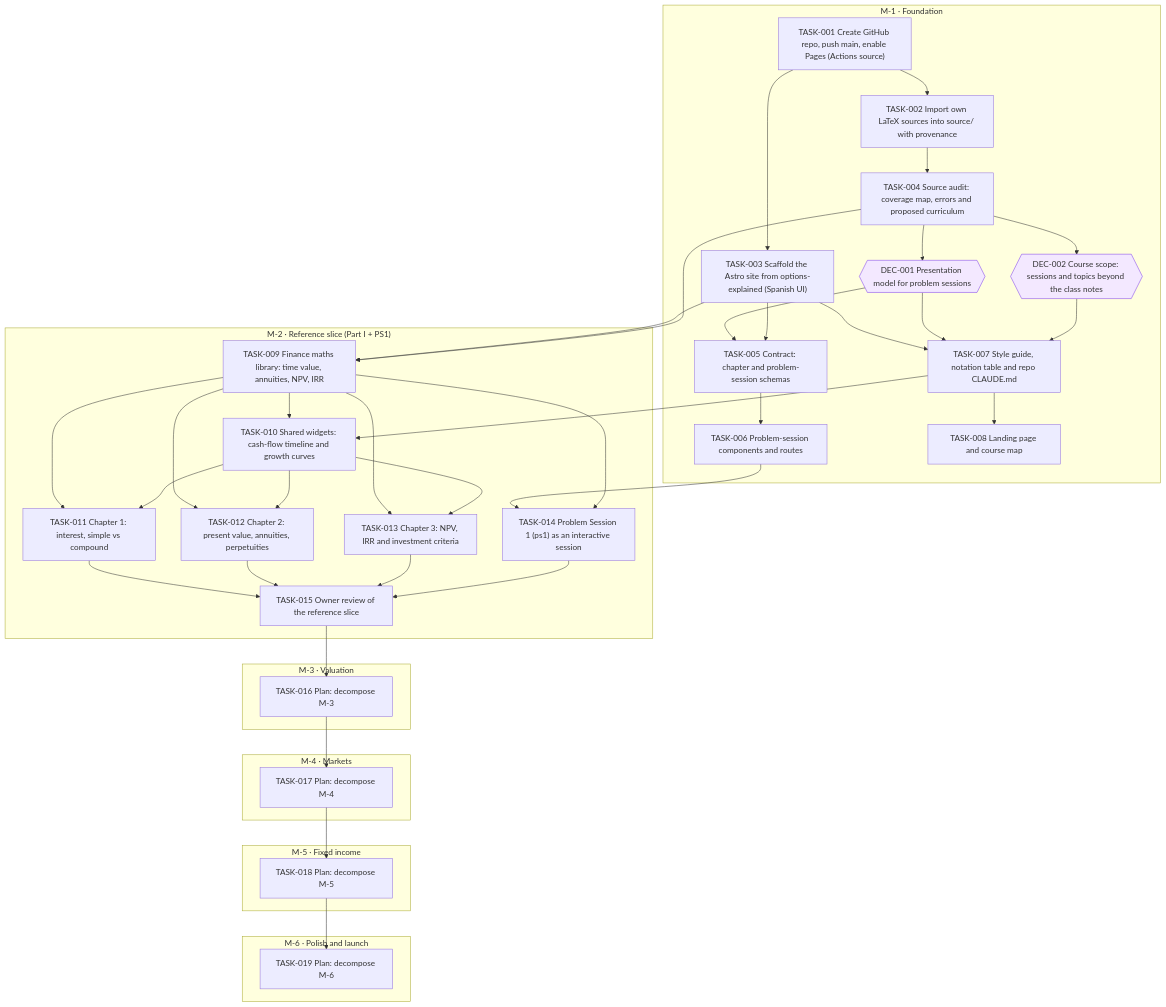
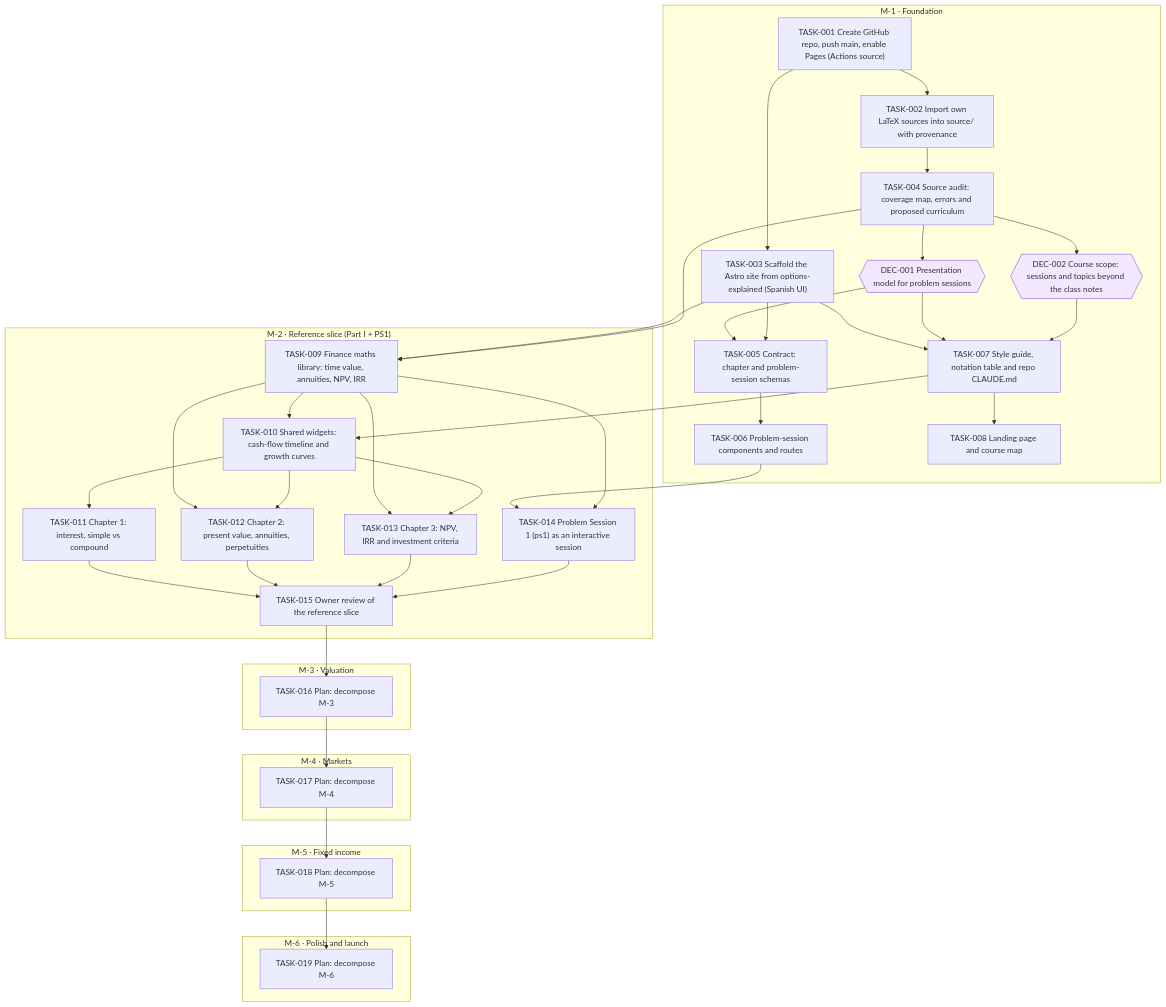
One commit to jesusvillota/economia-financiera changed the diagram in goals/course-site/README.md. Above: the diagram before and after it, drawn with Mermaid. The commit also changed 1 other file, not shown here.

Commit message:
goal(course-site): unlink TASK-011 after TASK-009

````diff
--- a/goals/course-site/README.md
+++ b/goals/course-site/README.md
@@ -19,73 +19,72 @@
 ```mermaid
 flowchart TD
   subgraph M_1["M-1 · Foundation"]
     DEC_001{{"DEC-001 Presentation model for problem sessions"}}
     DEC_002{{"DEC-002 Course scope: sessions and topics beyond the class notes"}}
     TASK_001["TASK-001 Create GitHub repo, push main, enable Pages (Actions source)"]
     TASK_002["TASK-002 Import own LaTeX sources into source/ with provenance"]
     TASK_003["TASK-003 Scaffold the Astro site from options-explained (Spanish UI)"]
     TASK_004["TASK-004 Source audit: coverage map, errors and proposed curriculum"]
     TASK_005["TASK-005 Contract: chapter and problem-session schemas"]
     TASK_006["TASK-006 Problem-session components and routes"]
     TASK_007["TASK-007 Style guide, notation table and repo CLAUDE.md"]
     TASK_008["TASK-008 Landing page and course map"]
   end
   subgraph M_2["M-2 · Reference slice (Part I + PS1)"]
     TASK_009["TASK-009 Finance maths library: time value, annuities, NPV, IRR"]
     TASK_010["TASK-010 Shared widgets: cash-flow timeline and growth curves"]
     TASK_011["TASK-011 Chapter 1: interest, simple vs compound"]
     TASK_012["TASK-012 Chapter 2: present value, annuities, perpetuities"]
     TASK_013["TASK-013 Chapter 3: NPV, IRR and investment criteria"]
     TASK_014["TASK-014 Problem Session 1 (ps1) as an interactive session"]
     TASK_015["TASK-015 Owner review of the reference slice"]
   end
   subgraph M_3["M-3 · Valuation"]
     TASK_016["TASK-016 Plan: decompose M-3"]
   end
   subgraph M_4["M-4 · Markets"]
     TASK_017["TASK-017 Plan: decompose M-4"]
   end
   subgraph M_5["M-5 · Fixed income"]
     TASK_018["TASK-018 Plan: decompose M-5"]
   end
   subgraph M_6["M-6 · Polish and launch"]
     TASK_019["TASK-019 Plan: decompose M-6"]
   end
   TASK_004 --> DEC_001
   TASK_004 --> DEC_002
   TASK_001 --> TASK_002
   TASK_001 --> TASK_003
   TASK_002 --> TASK_004
   DEC_001 --> TASK_005
   TASK_003 --> TASK_005
   TASK_005 --> TASK_006
   TASK_003 --> TASK_007
   DEC_001 --> TASK_007
   DEC_002 --> TASK_007
   TASK_007 --> TASK_008
   TASK_003 --> TASK_009
   TASK_004 --> TASK_009
   TASK_007 --> TASK_010
   TASK_009 --> TASK_010
-  TASK_009 --> TASK_011
   TASK_010 --> TASK_011
   TASK_009 --> TASK_012
   TASK_010 --> TASK_012
   TASK_009 --> TASK_013
   TASK_010 --> TASK_013
   TASK_006 --> TASK_014
   TASK_009 --> TASK_014
   TASK_011 --> TASK_015
   TASK_012 --> TASK_015
   TASK_013 --> TASK_015
   TASK_014 --> TASK_015
   TASK_015 --> TASK_016
   TASK_016 --> TASK_017
   TASK_017 --> TASK_018
   TASK_018 --> TASK_019
   classDef draft stroke-dasharray: 4 3
   classDef cancelled opacity:0.45
   classDef decision fill:#f3e8ff,stroke:#7c3aed
   class DEC_001 decision
   class DEC_002 decision
 ```
````
